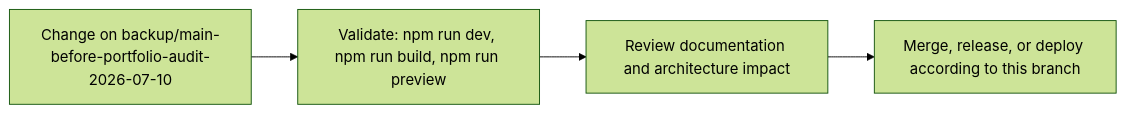
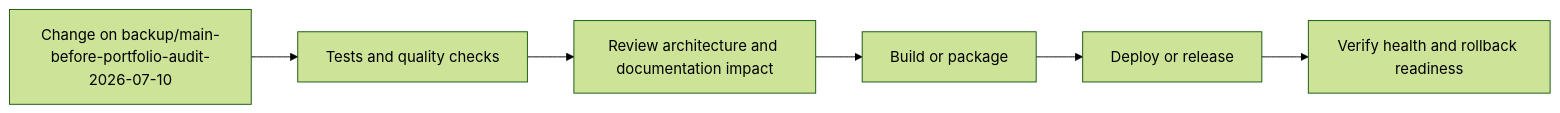
Before and after one commit to Nischhalsubba/nischhalsubba.com.np: the fourth of 5 diagrams in README.md, drawn with Mermaid (forest theme). The commit also changed other lines of this file, not shown here.

````diff
--- a/README.md
+++ b/README.md
@@ -83,8 +161,8 @@
 ```mermaid
 flowchart LR
-    CHANGE["Change on backup/main-before-portfolio-audit-2026-07-10"]
-    CHECK["Validate: npm run dev, npm run build, npm run preview"]
-    REVIEW["Review documentation and architecture impact"]
-    RELEASE["Merge, release, or deploy according to this branch"]
-    CHANGE --> CHECK --> REVIEW --> RELEASE
+    CHANGE["Change on backup/main-before-portfolio-audit-2026-07-10"] --> CHECK["Tests and quality checks"]
+    CHECK --> REVIEW["Review architecture and documentation impact"]
+    REVIEW --> BUILD["Build or package"]
+    BUILD --> DEPLOY["Deploy or release"]
+    DEPLOY --> VERIFY["Verify health and rollback readiness"]
 ```
````
